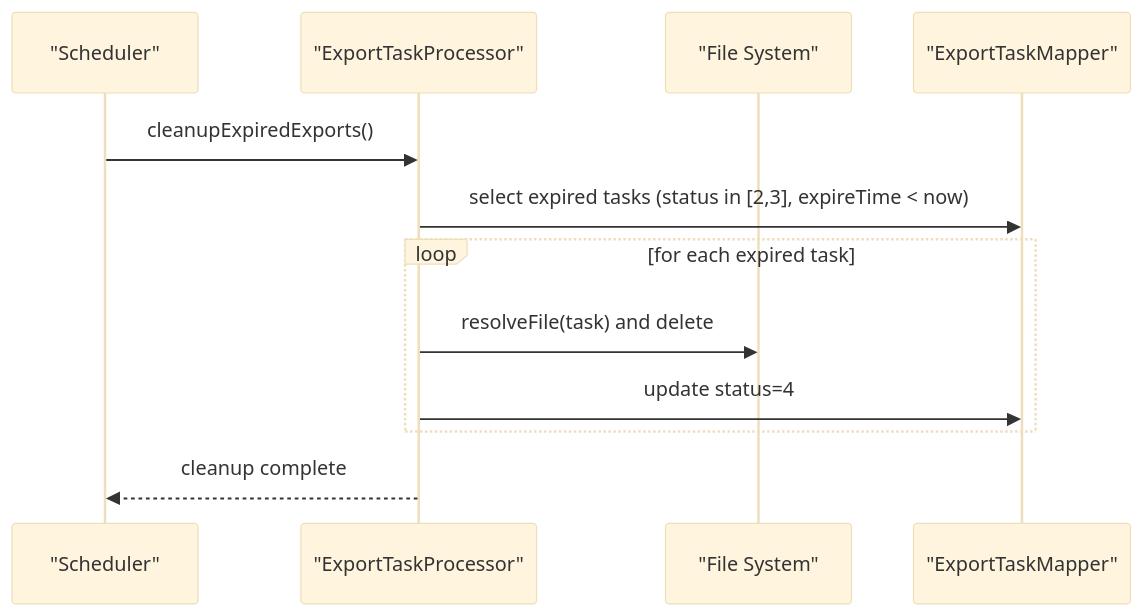
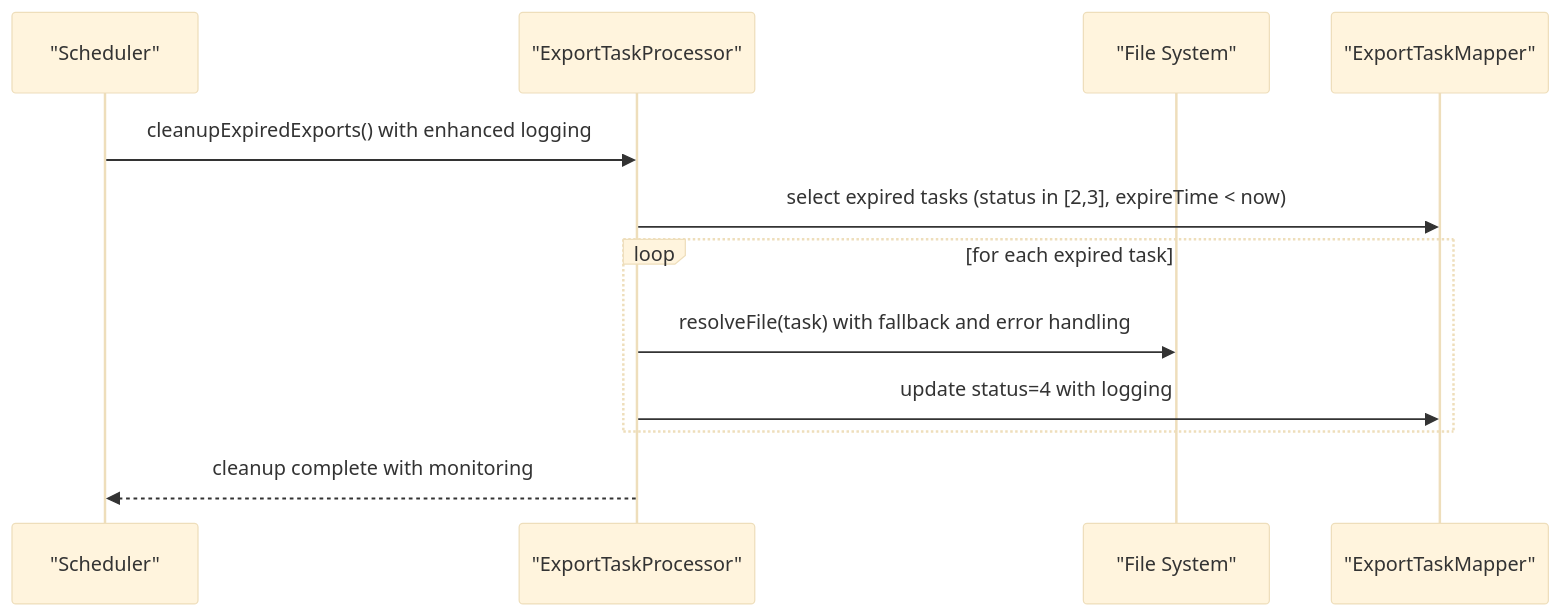
The seventh of 10 diagrams in .qoder/repowiki/en/content/Export & Reporting/Export & Reporting.md (bo961386926/Survey-App), drawn with Mermaid (base theme) before and after one commit. The commit also changed other lines of this file and 25 other files, not shown here.

````diff
--- a/.qoder/repowiki/en/content/Export & Reporting/Export & Reporting.md
+++ b/.qoder/repowiki/en/content/Export & Reporting/Export & Reporting.md
@@ -305,14 +378,14 @@
 ```mermaid
 sequenceDiagram
 participant Cron as "Scheduler"
 participant Proc as "ExportTaskProcessor"
 participant FS as "File System"
 participant DB as "ExportTaskMapper"
-Cron->>Proc : cleanupExpiredExports()
+Cron->>Proc : cleanupExpiredExports() with enhanced logging
 Proc->>DB : select expired tasks (status in [2,3], expireTime < now)
 loop for each expired task
-Proc->>FS : resolveFile(task) and delete
-Proc->>DB : update status=4
+Proc->>FS : resolveFile(task) with fallback and error handling
+Proc->>DB : update status=4 with logging
 end
-Proc-->>Cron : cleanup complete
+Proc-->>Cron : cleanup complete with monitoring
 ```
````
